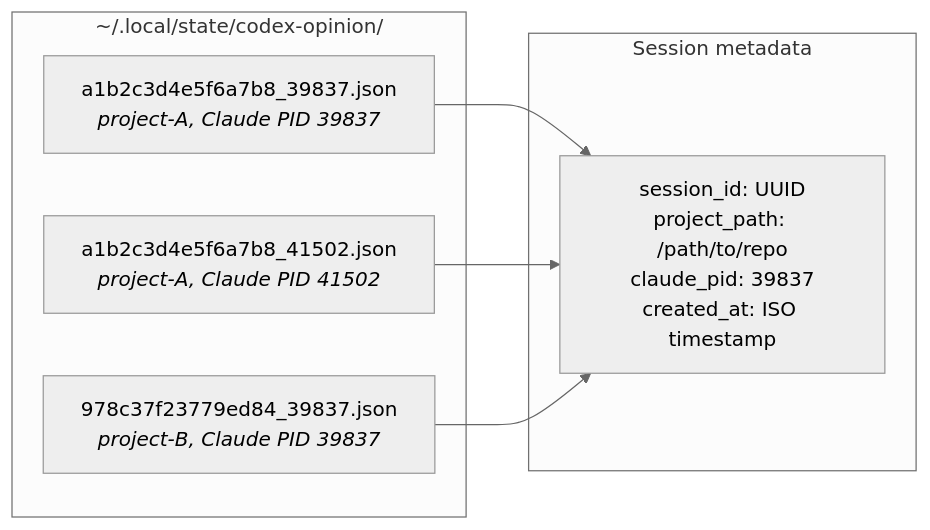
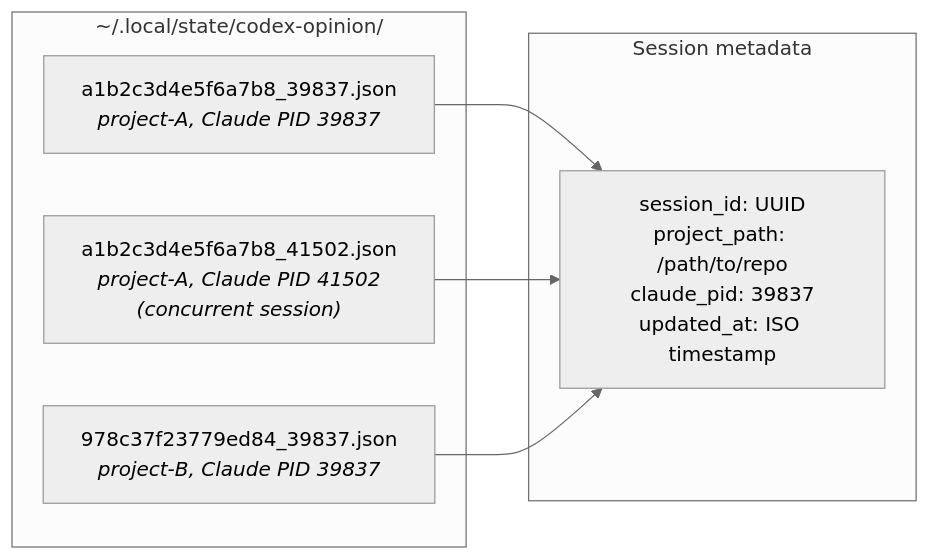
One commit to ehzawad/codex-opinion changed the third of 4 diagrams in README.md. Above: the diagram before and after it, drawn with Mermaid (neutral theme). The commit also changed other lines of this file and 3 other files, not shown here.

First line of the commit message:
adopt prior sessions for cross-session continuity, robust PID detection

````diff
--- a/README.md
+++ b/README.md
@@ -97,16 +101,16 @@
 ```mermaid
 graph LR
     subgraph "~/.local/state/codex-opinion/"
         A["a1b2c3d4e5f6a7b8_39837.json<br/><i>project-A, Claude PID 39837</i>"]
-        B["a1b2c3d4e5f6a7b8_41502.json<br/><i>project-A, Claude PID 41502</i>"]
+        B["a1b2c3d4e5f6a7b8_41502.json<br/><i>project-A, Claude PID 41502<br/>(concurrent session)</i>"]
         C["978c37f23779ed84_39837.json<br/><i>project-B, Claude PID 39837</i>"]
     end
 
     subgraph "Session metadata"
-        D["session_id: UUID<br/>project_path: /path/to/repo<br/>claude_pid: 39837<br/>created_at: ISO timestamp"]
+        D["session_id: UUID<br/>project_path: /path/to/repo<br/>claude_pid: 39837<br/>updated_at: ISO timestamp"]
     end
 
     A --> D
     B --> D
     C --> D
 ```
````
